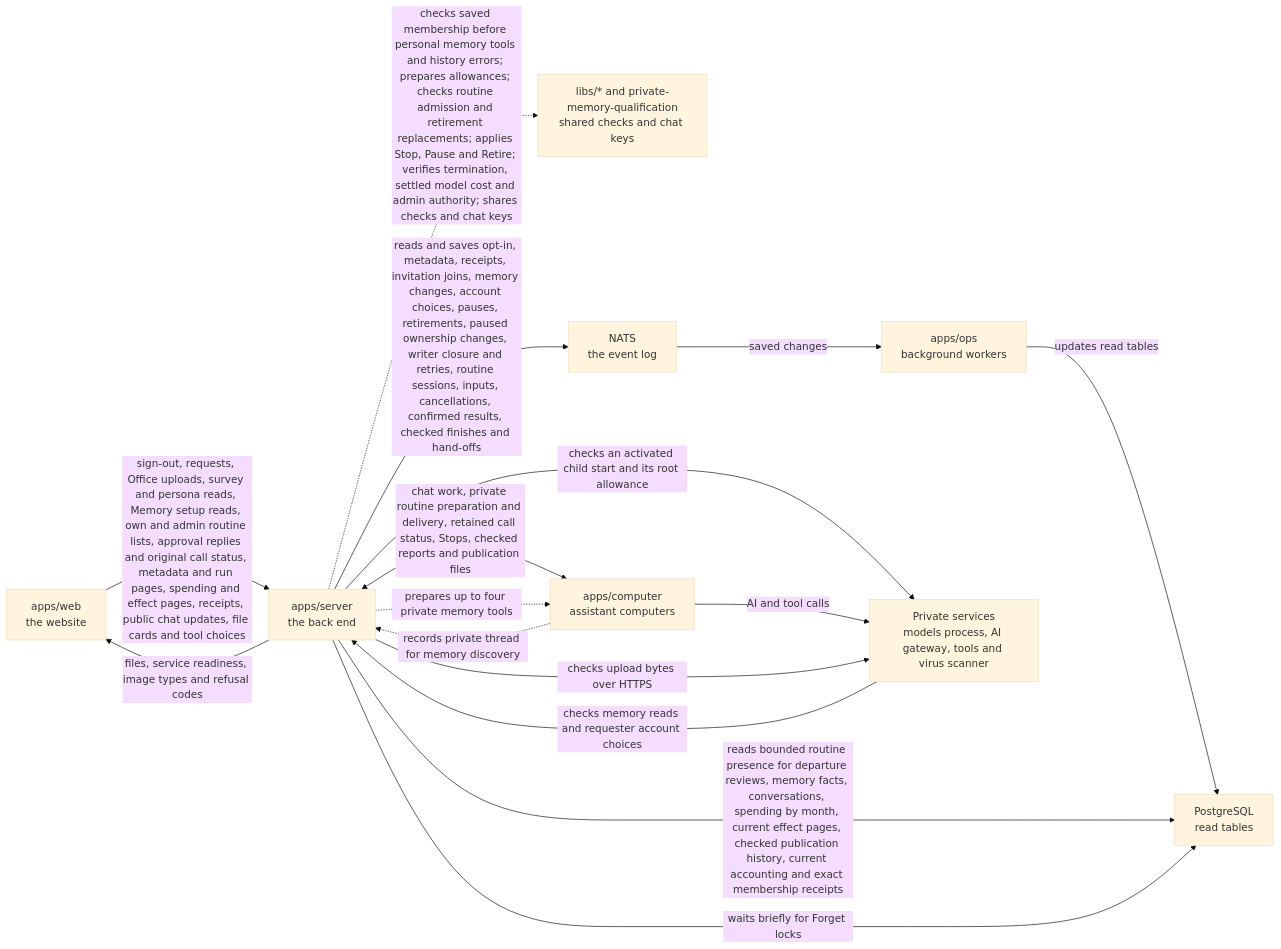
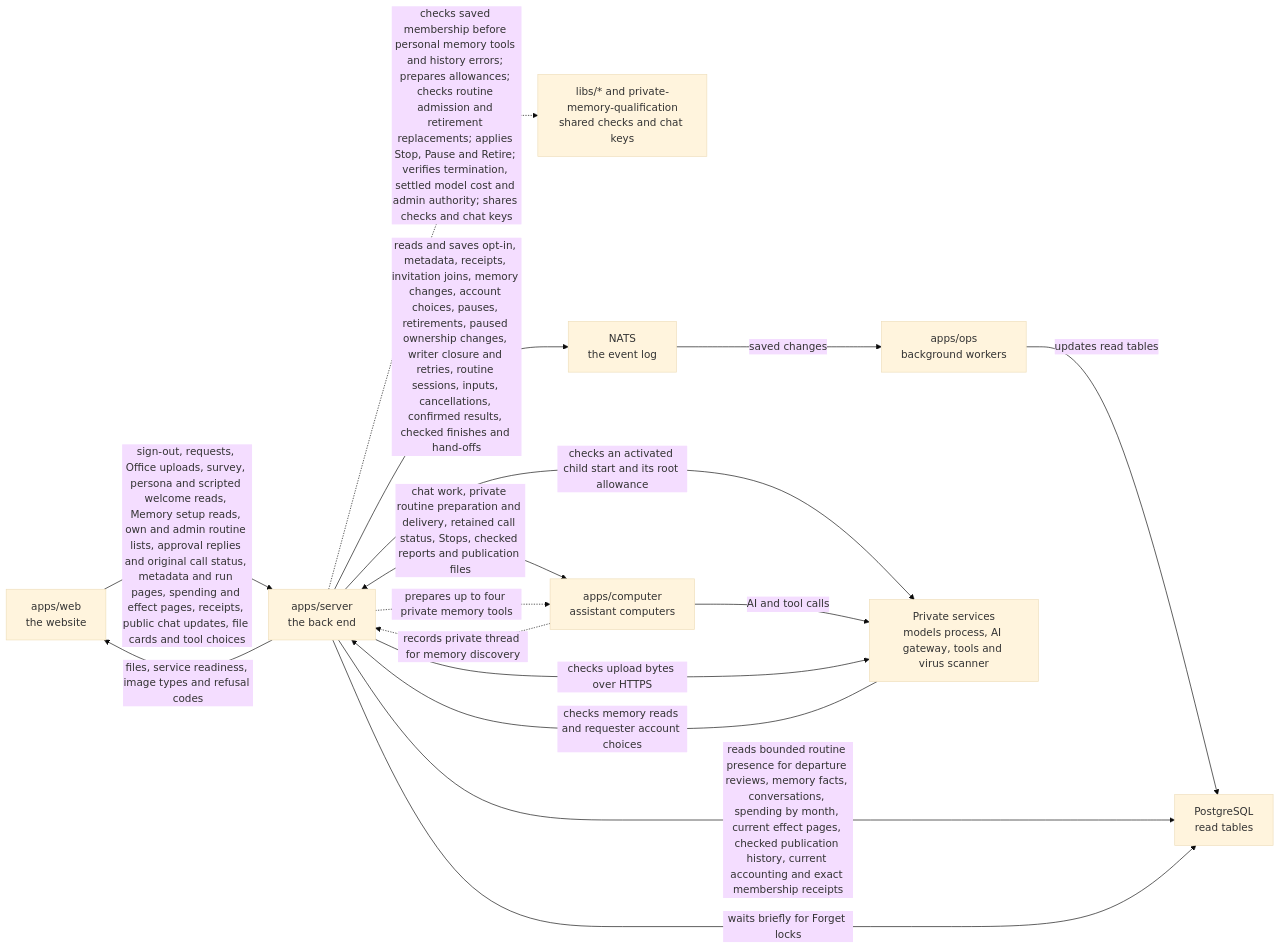
Before and after one commit to elewa-git/opencrane-new: the diagram in apps/server/README.md, drawn with Mermaid (base theme). The commit also changed other lines of this file and 17 other files, not shown here.

````diff
--- a/apps/server/README.md
+++ b/apps/server/README.md
@@ -216,18 +216,18 @@
 ```mermaid
 flowchart LR
-  web["apps/web<br/>the website"] -->|sign-out, requests, Office uploads, survey and persona reads, Memory setup reads, own and admin routine lists, approval replies and original call status, metadata and run pages, spending and effect pages, receipts, public chat updates, file cards and tool choices| server["apps/server<br/>the back end"]
+  web["apps/web<br/>the website"] -->|sign-out, requests, Office uploads, survey, persona and scripted welcome reads, Memory setup reads, own and admin routine lists, approval replies and original call status, metadata and run pages, spending and effect pages, receipts, public chat updates, file cards and tool choices| server["apps/server<br/>the back end"]
   server -.->|checks saved membership before personal memory tools and history errors; prepares allowances; checks routine admission and retirement replacements; applies Stop, Pause and Retire; verifies termination, settled model cost and admin authority; shares checks and chat keys| libs["libs/* and private-memory-qualification<br/>shared checks and chat keys"]
   server -->|reads and saves opt-in, metadata, receipts, invitation joins, memory changes, account choices, pauses, retirements, paused ownership changes, writer closure and retries, routine sessions, inputs, cancellations, confirmed results, checked finishes and hand-offs| nats["NATS<br/>the event log"]
   nats -->|saved changes| ops["apps/ops<br/>background workers"]
   ops -->|updates read tables| postgres["PostgreSQL<br/>read tables"]
   server -->|reads bounded routine presence for departure reviews, memory facts, conversations, spending by month, current effect pages, checked publication history, current accounting and exact membership receipts| postgres
   server -->|waits briefly for Forget locks| postgres
   server <-->|chat work, private routine preparation and delivery, retained call status, Stops, checked reports and publication files| computer["apps/computer<br/>assistant computers"]
   server -->|checks an activated child start and its root allowance| runtime
   computer -.->|records private thread for memory discovery| server
   server -.->|prepares up to four private memory tools| computer
   computer -->|AI and tool calls| runtime["Private services<br/>models process, AI gateway, tools and virus scanner"]
   server -->|files, service readiness, image types and refusal codes| web
   server -->|checks upload bytes over HTTPS| runtime
   runtime -->|checks memory reads and requester account choices| server
 ```
````
